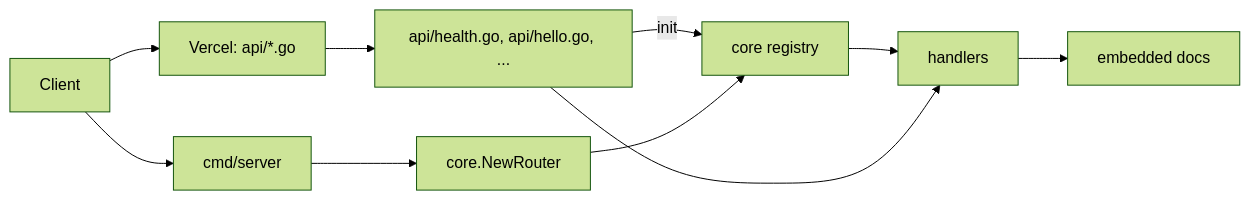
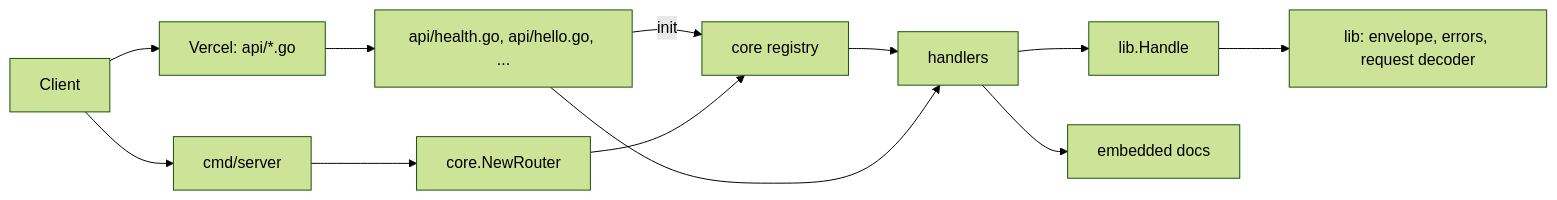
One commit to beningkumalahaqi/go-serverless changed the diagram in docs/architecture.md. Above: the diagram before and after it, drawn with Mermaid (forest theme). The commit also changed other lines of this file and 6 other files, not shown here.

Commit message:
Document the data envelope and lib contract

````diff
--- a/docs/architecture.md
+++ b/docs/architecture.md
@@ -5,12 +5,14 @@
 ```mermaid
 flowchart LR
   C[Client] --> V["Vercel: api/*.go"]
   C --> S["cmd/server"]
   F["api/health.go, api/hello.go, ..."] -->|init| G["core registry"]
   V --> F
   S --> R["core.NewRouter"]
   R --> G
   G --> H[handlers]
   F --> H
+  H --> A["lib.Handle"]
+  A --> E["lib: envelope, errors, request decoder"]
   H --> D[embedded docs]
 ```
````
